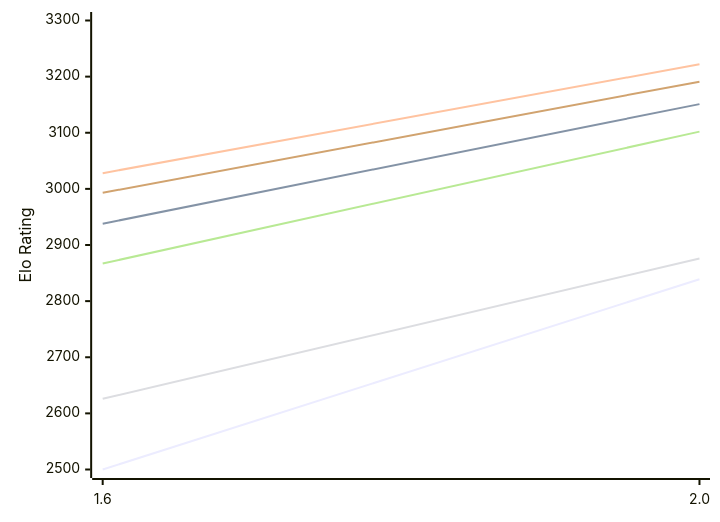
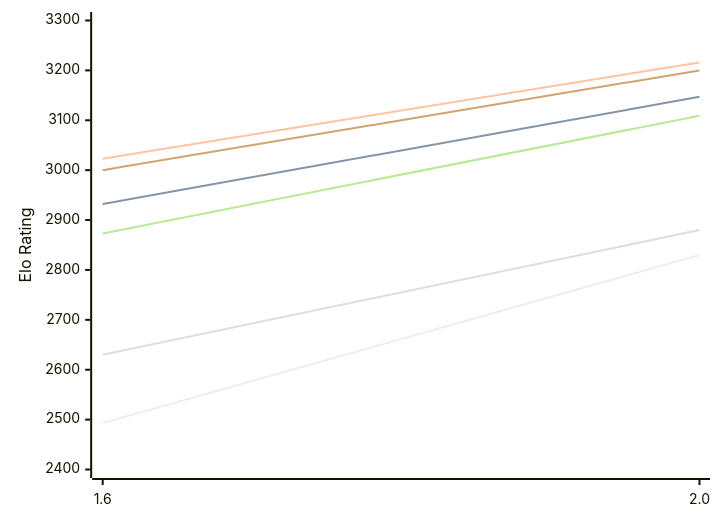
The first of 2 diagrams in engines/Onyx.md (computer-chess-index/cci), drawn with Mermaid before and after one commit. The commit also changed other lines of this file, not shown here.

Commit message:
Update CCI Ratings (ELO VLTC) - 2026-11-18

````diff
--- a/engines/Onyx.md
+++ b/engines/Onyx.md
@@ -50,12 +50,12 @@
 ```mermaid
 %%{init: {"theme":"base","themeVariables":{"seriesColors:['#a3a3a3','#222221','#faa371']}}}%%
 xychart-beta
   x-axis ["1.6", "2.0"]
-  y-axis "Elo Rating" 2500 --> 3300
-  line "E1: STC (8.0+0.08s)" [2500, 2839]
-  line "E1: LTC (60.0+0.60s)" [2938, 3151]
-  line "E1: VLTC (2m24s+1.12s)" [3028, 3222]
-  line "P1: STC (8.0+0.08s)" [2626, 2876]
-  line "P1: LTC (60.0+0.60s)" [2867, 3102]
-  line "P1: VLTC (2m24s+1.12s)" [2993, 3191]
+  y-axis "Elo Rating" 2400 --> 3300
+  line "E1: STC (8.0+0.08s)" [2493, 2830]
+  line "E1: LTC (60.0+0.60s)" [2932, 3147]
+  line "E1: VLTC (2m24s+1.12s)" [3023, 3216]
+  line "P1: STC (8.0+0.08s)" [2630, 2880]
+  line "P1: LTC (60.0+0.60s)" [2873, 3109]
+  line "P1: VLTC (2m24s+1.12s)" [3000, 3200]
 ```
````
